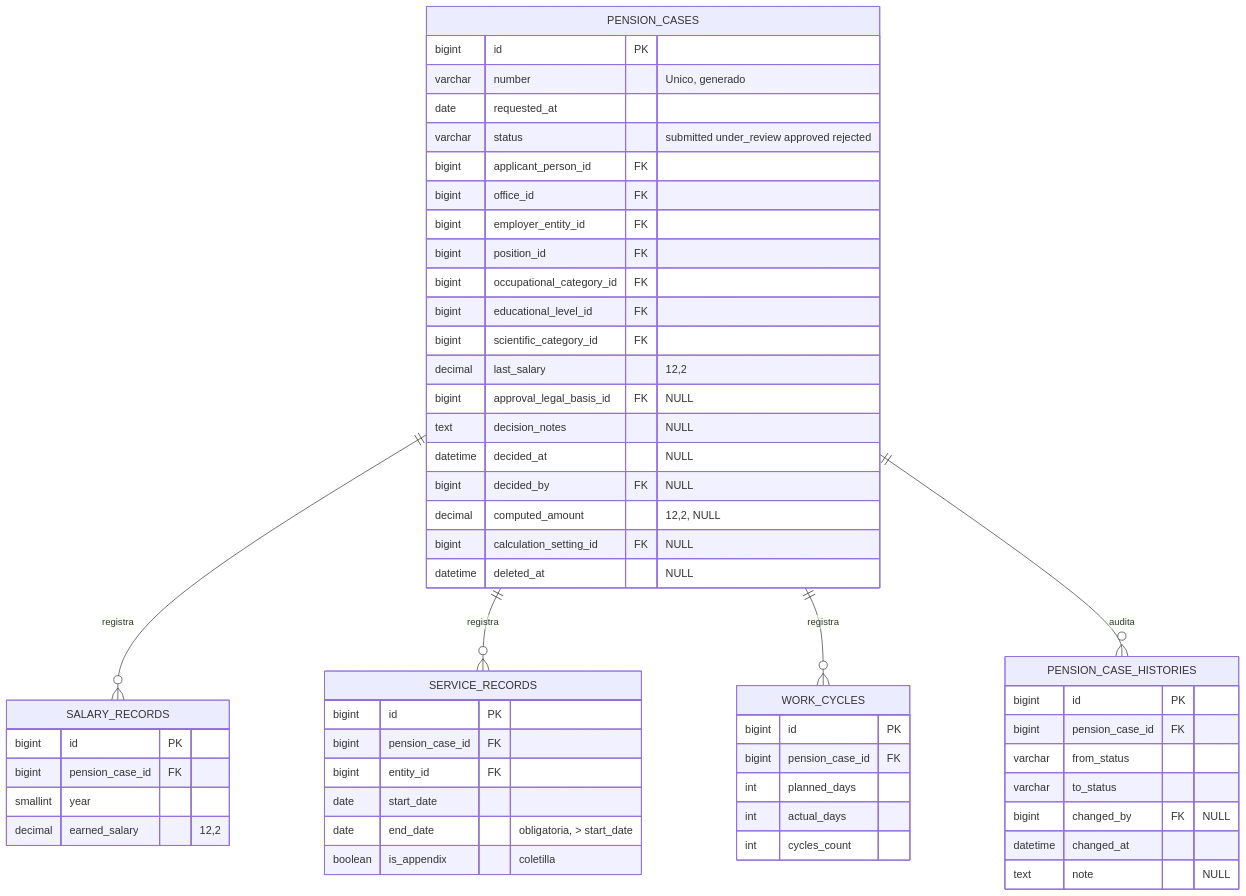
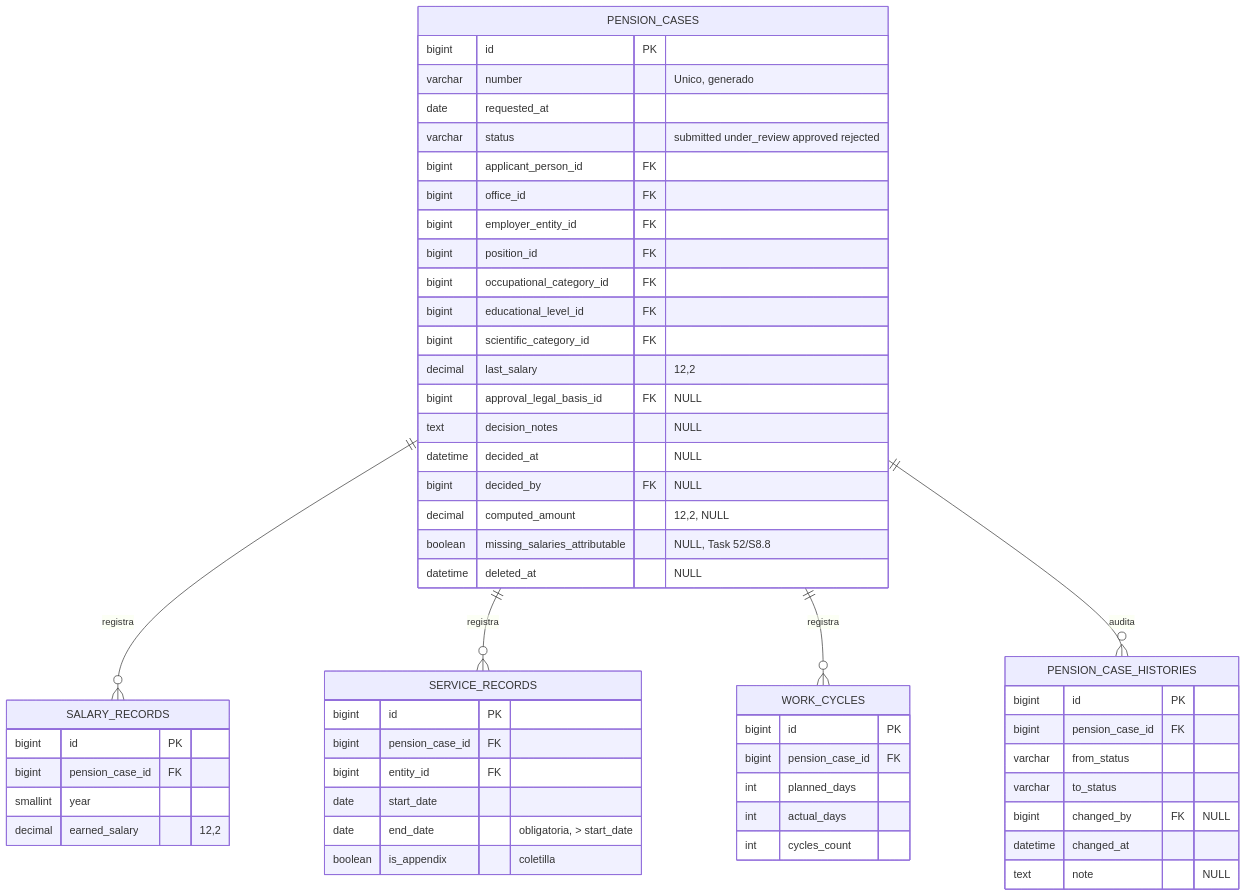
One commit to keniercb/inass_siss_web changed the fifth of 7 diagrams in docs/backend/Modelo de datos.md. Above: the diagram before and after it, drawn with Mermaid. The commit also changed other lines of this file and 4 other files, not shown here.

````diff
--- a/docs/backend/Modelo de datos.md
+++ b/docs/backend/Modelo de datos.md
@@ -309,58 +309,58 @@
 ```mermaid
 erDiagram
     PENSION_CASES {
         bigint id PK
         varchar number "Unico, generado"
         date requested_at
         varchar status "submitted under_review approved rejected"
         bigint applicant_person_id FK
         bigint office_id FK
         bigint employer_entity_id FK
         bigint position_id FK
         bigint occupational_category_id FK
         bigint educational_level_id FK
         bigint scientific_category_id FK
         decimal last_salary "12,2"
         bigint approval_legal_basis_id FK "NULL"
         text decision_notes "NULL"
         datetime decided_at "NULL"
         bigint decided_by FK "NULL"
         decimal computed_amount "12,2, NULL"
-        bigint calculation_setting_id FK "NULL"
+        boolean missing_salaries_attributable "NULL, Task 52/S8.8"
         datetime deleted_at "NULL"
     }
     SALARY_RECORDS {
         bigint id PK
         bigint pension_case_id FK
         smallint year
         decimal earned_salary "12,2"
     }
     SERVICE_RECORDS {
         bigint id PK
         bigint pension_case_id FK
         bigint entity_id FK
         date start_date
         date end_date "obligatoria, > start_date"
         boolean is_appendix "coletilla"
     }
     WORK_CYCLES {
         bigint id PK
         bigint pension_case_id FK
         int planned_days
         int actual_days
         int cycles_count
     }
     PENSION_CASE_HISTORIES {
         bigint id PK
         bigint pension_case_id FK
         varchar from_status
         varchar to_status
         bigint changed_by FK "NULL"
         datetime changed_at
         text note "NULL"
     }
     PENSION_CASES ||--o{ SALARY_RECORDS : "registra"
     PENSION_CASES ||--o{ SERVICE_RECORDS : "registra"
     PENSION_CASES ||--o{ WORK_CYCLES : "registra"
     PENSION_CASES ||--o{ PENSION_CASE_HISTORIES : "audita"
 ```
````
